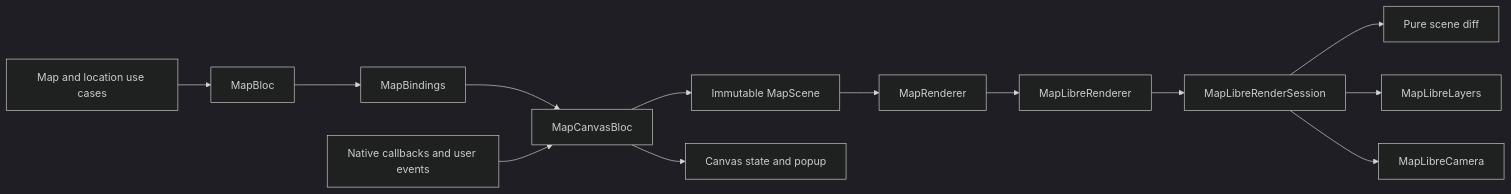
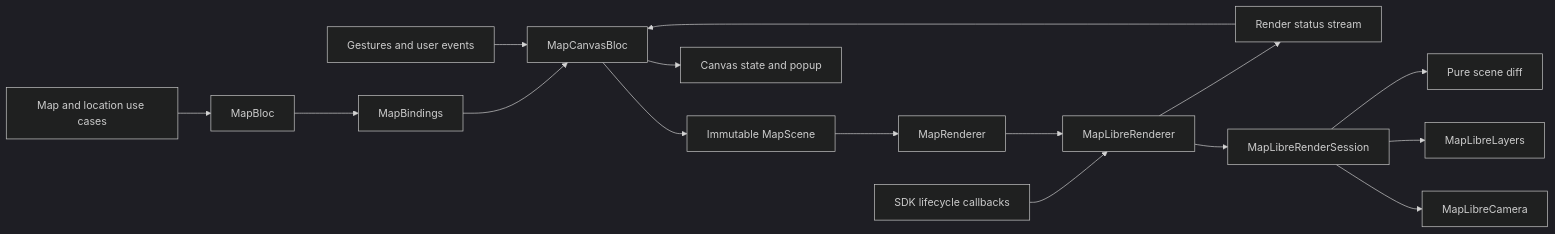
One commit to fajarxfce/test-mapid changed the diagram in docs/map-architecture.md. Above: the diagram before and after it, drawn with Mermaid (dark theme). The commit also changed other lines of this file and 14 other files, not shown here.

Commit message:
refactor(map): isolate native renderer lifecycle from canvas bloc

````diff
--- a/docs/map-architecture.md
+++ b/docs/map-architecture.md
@@ -11,15 +11,18 @@
 ```mermaid
 flowchart LR
     APIs[Map and location use cases] --> Data[MapBloc]
     Data --> Binding[MapBindings]
     Binding --> Canvas[MapCanvasBloc]
-    Input[Native callbacks and user events] --> Canvas
+    Input[Gestures and user events] --> Canvas
+    Native[SDK lifecycle callbacks] --> Adapter
+    Adapter --> Status[Render status stream]
+    Status --> Canvas
     Canvas --> Scene[Immutable MapScene]
     Canvas --> View[Canvas state and popup]
     Scene --> Port[MapRenderer]
     Port --> Adapter[MapLibreRenderer]
     Adapter --> Session[MapLibreRenderSession]
     Session --> Diff[Pure scene diff]
     Session --> Layers[MapLibreLayers]
     Session --> Camera[MapLibreCamera]
 ```
````
